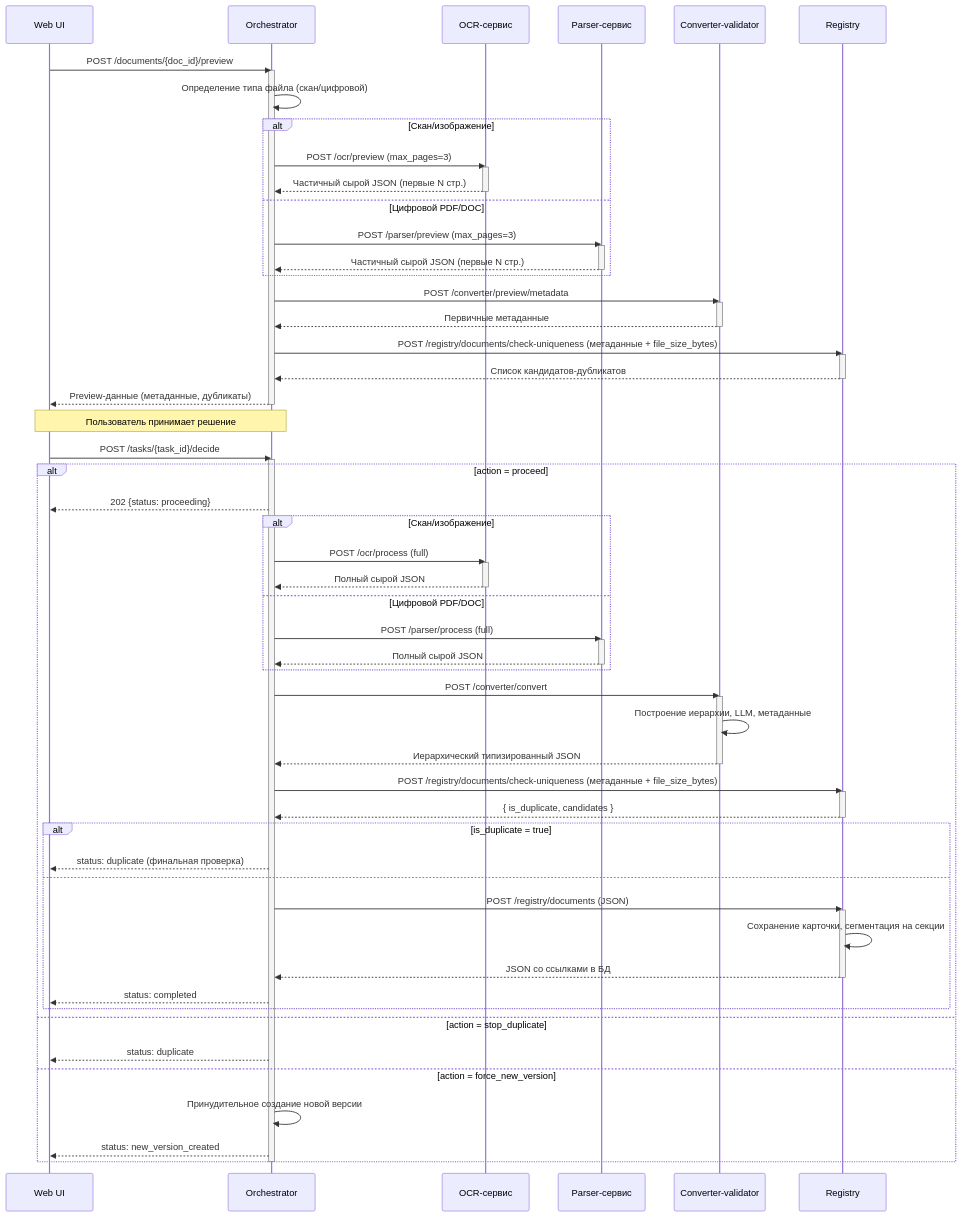
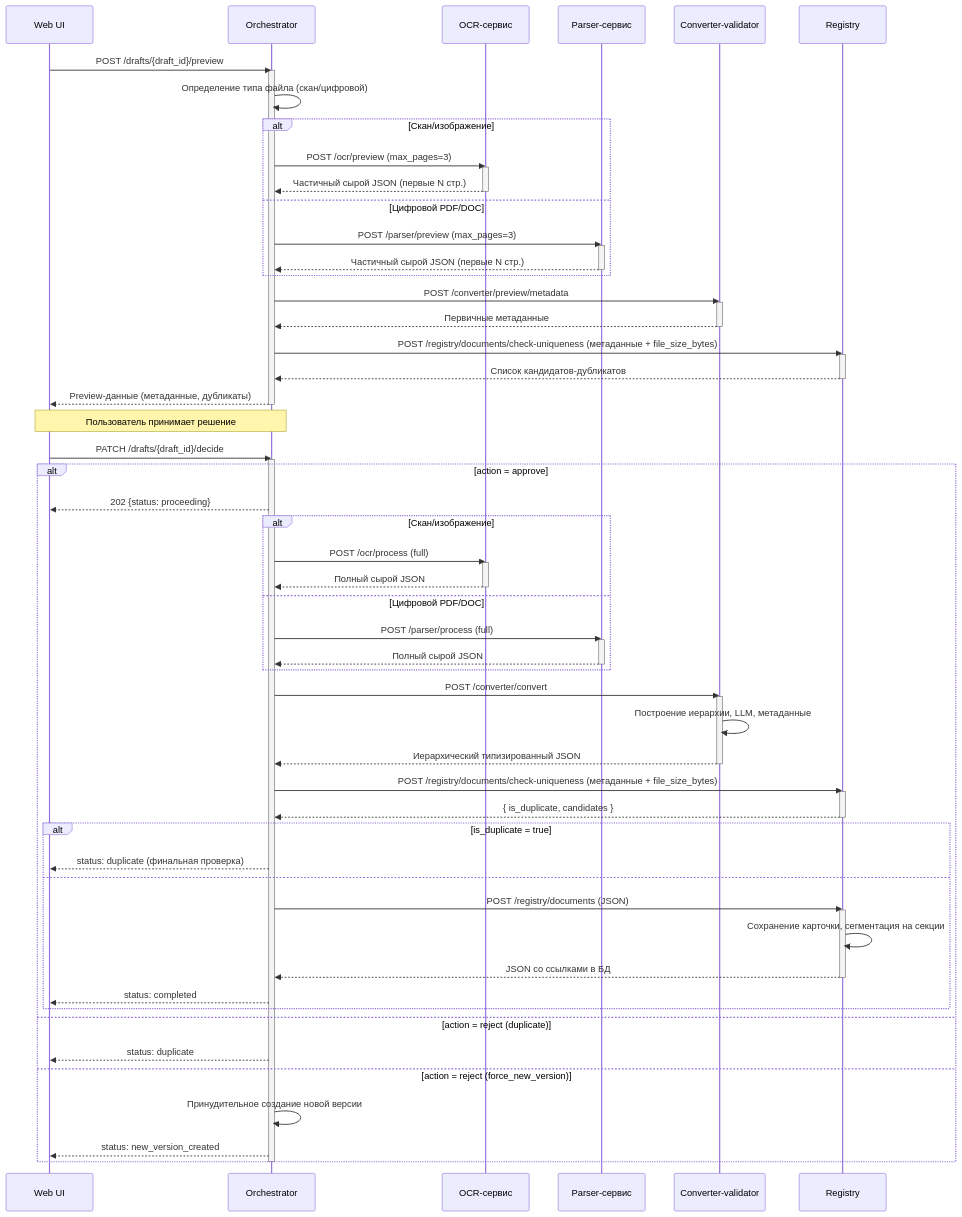
The first of 4 diagrams in docs/pipelines/pipeline1-formation.md (MasterKSAF/PKB), drawn with Mermaid before and after one commit. The commit also changed other lines of this file and 13 other files, not shown here.

First line of the commit message:
Миграция управления загрузкой: task → drafts

```diff
--- a/docs/pipelines/pipeline1-formation.md
+++ b/docs/pipelines/pipeline1-formation.md
@@ -14,7 +16,7 @@
 
 
     %% Фаза Preview
-    UI->>Orch: POST /documents/{doc_id}/preview
+    UI->>Orch: POST /drafts/{draft_id}/preview
     activate Orch
     Orch->>Orch: Определение типа файла (скан/цифровой)
     alt Скан/изображение
@@ -41,9 +43,9 @@
 
     Note over UI,Orch: Пользователь принимает решение
 
-    UI->>Orch: POST /tasks/{task_id}/decide
+    UI->>Orch: PATCH /drafts/{draft_id}/decide
     activate Orch
-    alt action = proceed
+    alt action = approve
         Orch-->>UI: 202 {status: proceeding}
 
         %% Фаза Full
@@ -79,9 +81,9 @@
             deactivate Reg
             Orch-->>UI: status: completed
         end
-    else action = stop_duplicate
+    else action = reject (duplicate)
         Orch-->>UI: status: duplicate
-    else action = force_new_version
+    else action = reject (force_new_version)
         Orch->>Orch: Принудительное создание новой версии
         Orch-->>UI: status: new_version_created
     end
```
